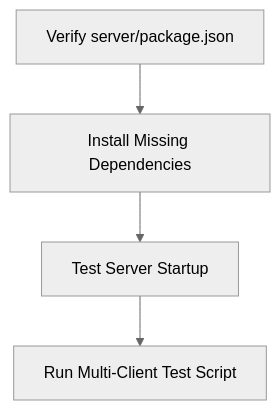
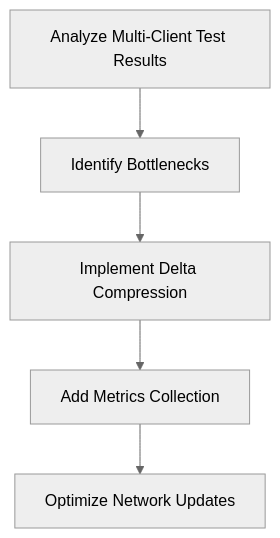
The first of 2 diagrams in memory-bank/activeContext.md (RimoVR/Planetbyte), drawn with Mermaid (neutral theme) before and after one commit. The commit also changed other lines of this file and 4 other files, not shown here.

````diff
--- a/memory-bank/activeContext.md
+++ b/memory-bank/activeContext.md
@@ -10,6 +10,7 @@
 ```mermaid
 flowchart TD
-    A[Verify server/package.json] --> B[Install Missing Dependencies]
-    B --> C[Test Server Startup]
-    C --> D[Run Multi-Client Test Script]
+    A[Analyze Multi-Client Test Results] --> B[Identify Bottlenecks]
+    B --> C[Implement Delta Compression]
+    C --> D[Add Metrics Collection]
+    D --> E[Optimize Network Updates]
 ```
````
